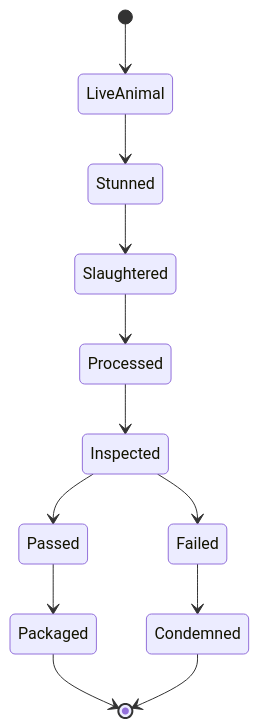
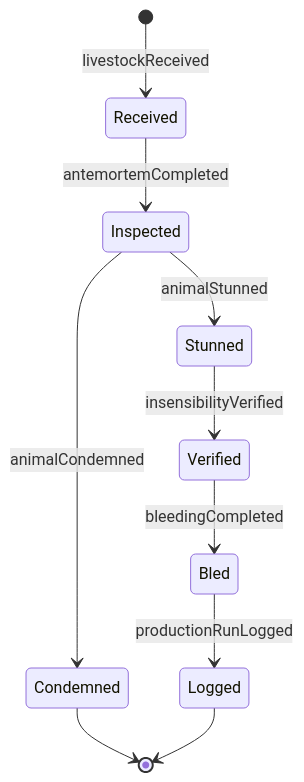
The second of 4 diagrams in HandlingAndMovingObjects/ProcessAnimalCarcasses/SlaughterAnimals.mdx (dot-org-ai/tasks.org.ai), drawn with Mermaid before and after one commit. The commit also changed other lines of this file and 515 other files, not shown here.

````diff
--- a/HandlingAndMovingObjects/ProcessAnimalCarcasses/SlaughterAnimals.mdx
+++ b/HandlingAndMovingObjects/ProcessAnimalCarcasses/SlaughterAnimals.mdx
@@ -98,14 +98,12 @@
 ```mermaid
 stateDiagram-v2
-    [*] --> LiveAnimal
-    LiveAnimal --> Stunned
-    Stunned --> Slaughtered
-    Slaughtered --> Processed
-    Processed --> Inspected
-    Inspected --> Failed
-    Failed --> Condemned
-    Inspected --> Passed
-    Passed --> Packaged
-    Packaged --> [*]
+    [*] --> Received : livestockReceived
+    Received --> Inspected : antemortemCompleted
+    Inspected --> Stunned : animalStunned
+    Stunned --> Verified : insensibilityVerified
+    Verified --> Bled : bleedingCompleted
+    Bled --> Logged : productionRunLogged
+    Inspected --> Condemned : animalCondemned
     Condemned --> [*]
+    Logged --> [*]
 ```
````
